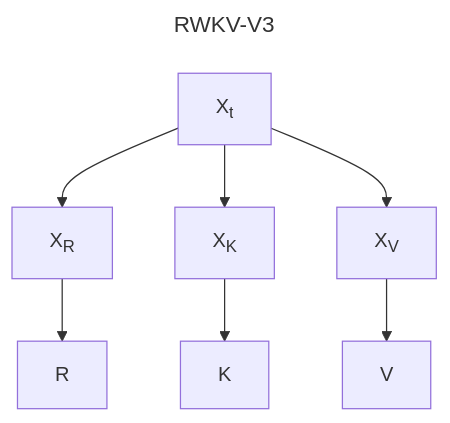
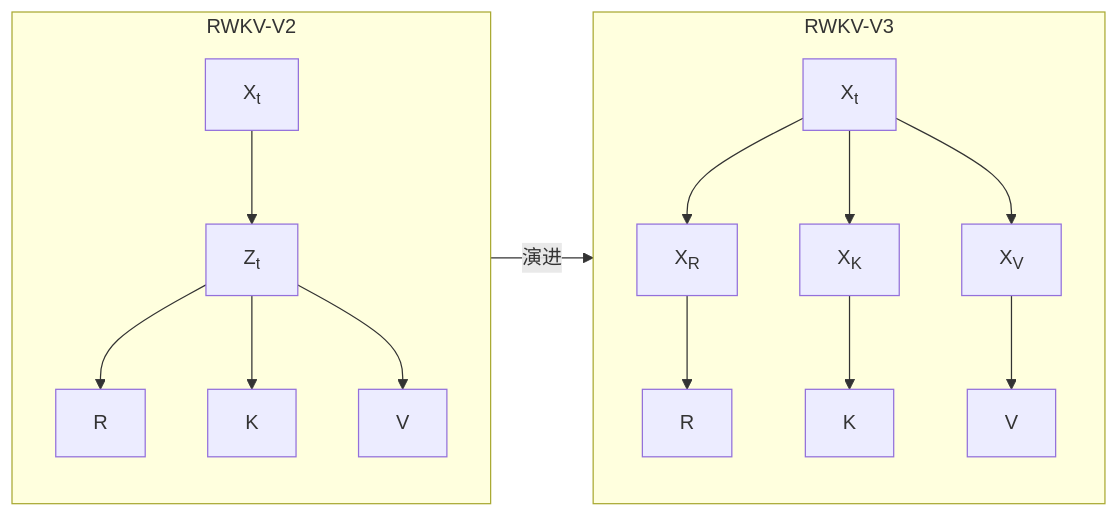
The diagram in content/docs/RWKV-Wiki/RWKV-Architecture.mdx (LeoLin4258/rwkvcn-docs), drawn with Mermaid before and after one commit. The commit also changed other lines of this file, not shown here.

Commit message:
fix: 修正V2的公式表达，增加更多的背景信息。修改V2 -> V3演进的示意图，修复python 代码的高亮缺失。

````diff
--- a/content/docs/RWKV-Wiki/RWKV-Architecture.mdx
+++ b/content/docs/RWKV-Wiki/RWKV-Architecture.mdx
@@ -125,13 +137,23 @@
-```mermaid
----
-title: RWKV-V3
----
-graph TD;
-    Xt["X<sub>t</sub>"] --> Xr["X<sub>R</sub>"];
-    Xt --> Xk["X<sub>K</sub>"];
-    Xt --> Xv["X<sub>V</sub>"];
- 
-    Xr --> R;
-    Xk --> K;
-    Xv --> V;
+``` mermaid
+graph LR;
+    subgraph RWKV-V2
+        direction TB
+        A_Xt["X<sub>t</sub>"] --> A_Zt["Z<sub>t</sub>"];
+        A_Zt --> A_R["R"];
+        A_Zt --> A_K["K"];
+        A_Zt --> A_V["V"];
+    end
+
+    subgraph RWKV-V3
+        direction TB
+        B_Xt["X<sub>t</sub>"] --> B_Xr["X<sub>R</sub>"];
+        B_Xt --> B_Xk["X<sub>K</sub>"];
+        B_Xt --> B_Xv["X<sub>V</sub>"];
+        B_Xr --> B_R["R"];
+        B_Xk --> B_K["K"];
+        B_Xv --> B_V["V"];
+    end
+
+    %% 定义子图之间的连接
+    RWKV-V2 -- "演进" --> RWKV-V3;
 ```
````
